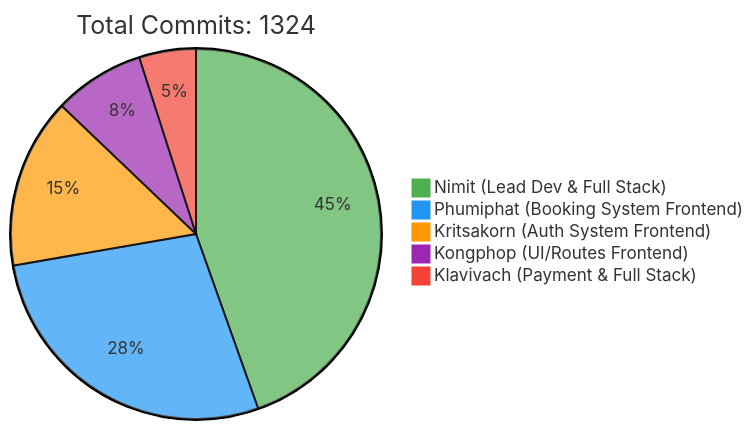
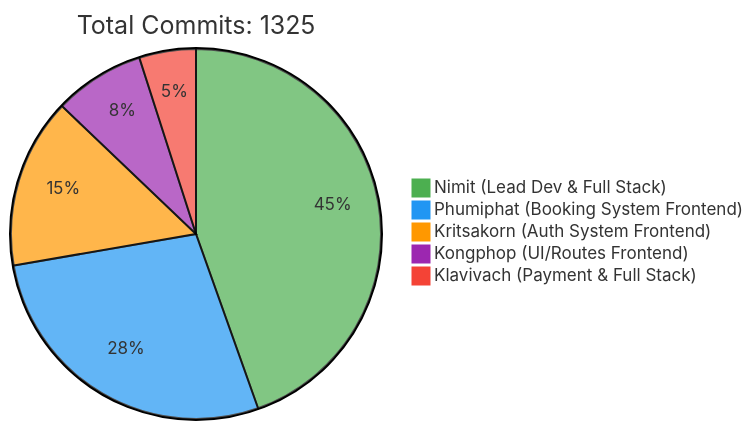
One commit to 6531503042/Sport-Complex changed the first of 2 diagrams in README.md. Above: the diagram before and after it, drawn with Mermaid. The commit also changed other lines of this file, not shown here.

Commit message:
docs: Update contributor statistics [skip ci]

````diff
--- a/README.md
+++ b/README.md
@@ -257,10 +257,10 @@
 ```mermaid
 %%{init: {'theme': 'base', 'themeVariables': { 'pie1': '#4CAF50', 'pie2': '#2196F3', 'pie3': '#FF9800', 'pie4': '#9C27B0', 'pie5': '#F44336'}}}%%
 pie
-    title Total Commits: 1324
+    title Total Commits: 1325
     "Nimit (Lead Dev & Full Stack)" : 450
     "Phumiphat (Booking System Frontend)" : 280
     "Kritsakorn (Auth System Frontend)" : 150
     "Kongphop (UI/Routes Frontend)" : 80
     "Klavivach (Payment & Full Stack)" : 50
 ```
````
